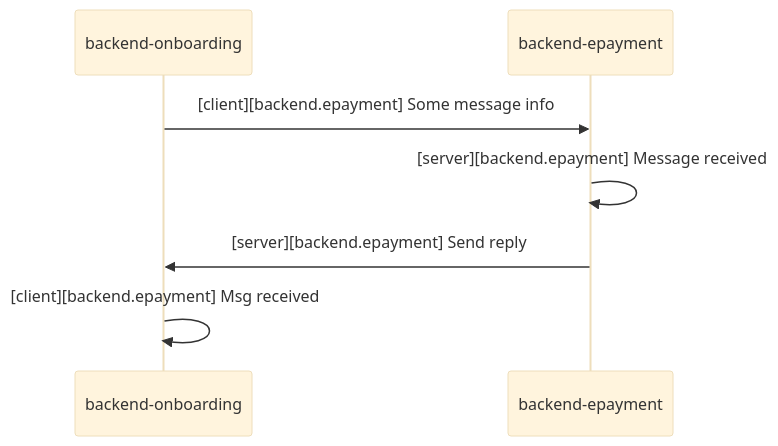
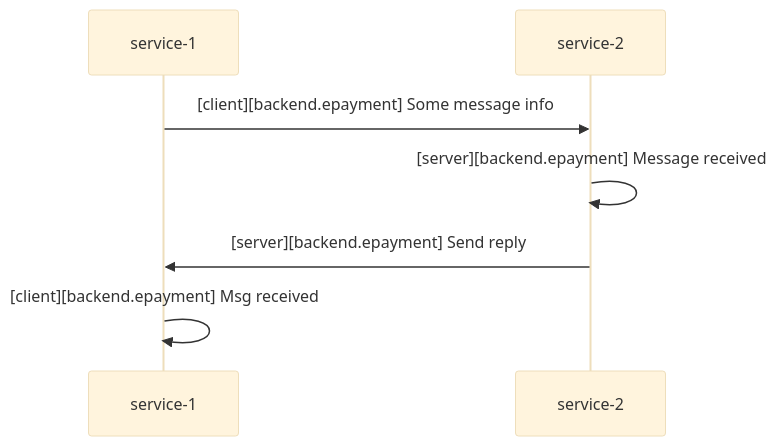
One commit to r4bbitjs/r4bbitjs changed the diagram in documentation/rpc-communication.md. Above: the diagram before and after it, drawn with Mermaid (base theme).

Commit message:
Mermaid diagram naming fix

````diff
--- a/documentation/rpc-communication.md
+++ b/documentation/rpc-communication.md
@@ -3,7 +3,7 @@
 ```mermaid
 sequenceDiagram
-    backend-onboarding->>backend-epayment: [client][backend.epayment] Some message info
-    backend-epayment->>backend-epayment: [server][backend.epayment] Message received
-    backend-epayment->>backend-onboarding: [server][backend.epayment] Send reply
-    backend-onboarding->>backend-onboarding: [client][backend.epayment] Msg received
+    service-1->>service-2: [client][backend.epayment] Some message info
+    service-2->>service-2: [server][backend.epayment] Message received
+    service-2->>service-1: [server][backend.epayment] Send reply
+    service-1->>service-1: [client][backend.epayment] Msg received
 ```
````
